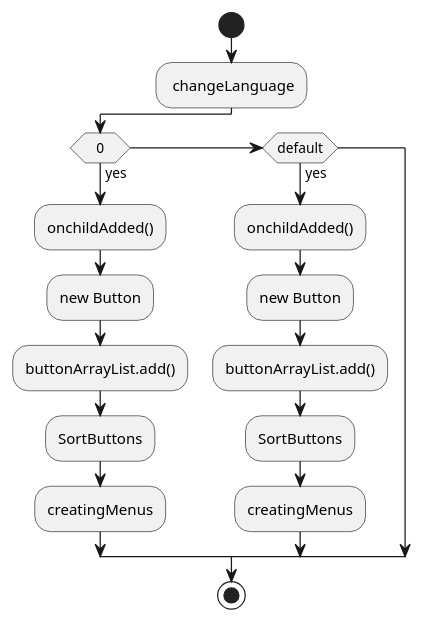
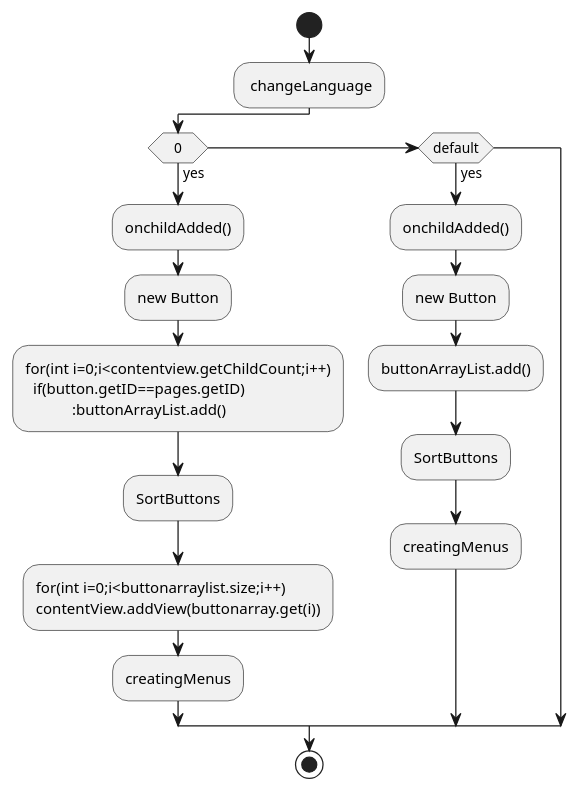
One commit to cblaettgithub/BAEresamont changed the diagram in app/src/main/java/Uml/classActivChangelang.puml. Above: the diagram before and after it, drawn with PlantUML. The commit also changed 8 other files, not shown here.

```diff
--- a/app/src/main/java/Uml/classActivChangelang.puml
+++ b/app/src/main/java/Uml/classActivChangelang.puml
@@ -1,18 +1,22 @@
 @startuml
 start
  - changeLanguage
 if (0) then (yes)
     :onchildAdded();
     :new Button;
-    :buttonArrayList.add();
+    :for(int i=0;i<contentview.getChildCount;i++)
+      if(button.getID==pages.getID)
+                :buttonArrayList.add();
     :SortButtons;
+    :for(int i=0;i<buttonarraylist.size;i++)
+    contentView.addView(buttonarray.get(i));
     :creatingMenus;
 elseif (default) then (yes)
     :onchildAdded();
     :new Button;
     :buttonArrayList.add();
     :SortButtons;
     :creatingMenus;
 endif
 stop
 @enduml
```
